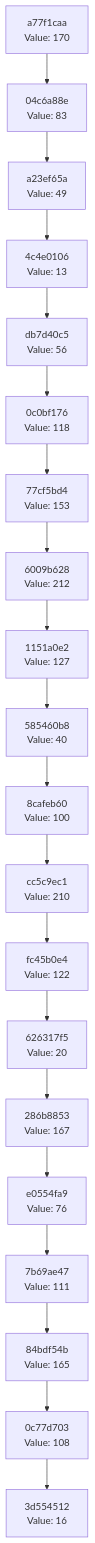
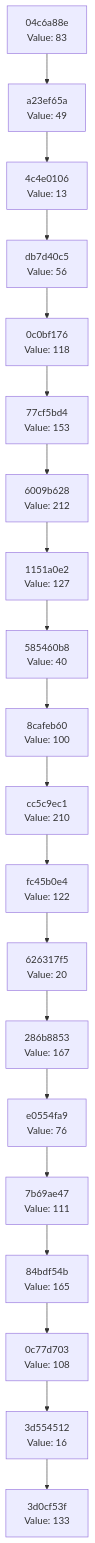
Before and after one commit to Abhisheksinha1506/hash-chain-evolver: the diagram in docs/CHAIN_VISUALIZATION.md, drawn with Mermaid. The commit also changed 3 other files, not shown here.

````diff
--- a/docs/CHAIN_VISUALIZATION.md
+++ b/docs/CHAIN_VISUALIZATION.md
@@ -3,42 +3,42 @@
 ```mermaid
 graph TD
-    C0["3d554512<br/>Value: 16"]
-    C1["0c77d703<br/>Value: 108"]
+    C0["3d0cf53f<br/>Value: 133"]
+    C1["3d554512<br/>Value: 16"]
     C1 --> C0
-    C2["84bdf54b<br/>Value: 165"]
+    C2["0c77d703<br/>Value: 108"]
     C2 --> C1
-    C3["7b69ae47<br/>Value: 111"]
+    C3["84bdf54b<br/>Value: 165"]
     C3 --> C2
-    C4["e0554fa9<br/>Value: 76"]
+    C4["7b69ae47<br/>Value: 111"]
     C4 --> C3
-    C5["286b8853<br/>Value: 167"]
+    C5["e0554fa9<br/>Value: 76"]
     C5 --> C4
-    C6["626317f5<br/>Value: 20"]
+    C6["286b8853<br/>Value: 167"]
     C6 --> C5
-    C7["fc45b0e4<br/>Value: 122"]
+    C7["626317f5<br/>Value: 20"]
     C7 --> C6
-    C8["cc5c9ec1<br/>Value: 210"]
+    C8["fc45b0e4<br/>Value: 122"]
     C8 --> C7
-    C9["8cafeb60<br/>Value: 100"]
+    C9["cc5c9ec1<br/>Value: 210"]
     C9 --> C8
-    C10["585460b8<br/>Value: 40"]
+    C10["8cafeb60<br/>Value: 100"]
     C10 --> C9
-    C11["1151a0e2<br/>Value: 127"]
+    C11["585460b8<br/>Value: 40"]
     C11 --> C10
-    C12["6009b628<br/>Value: 212"]
+    C12["1151a0e2<br/>Value: 127"]
     C12 --> C11
-    C13["77cf5bd4<br/>Value: 153"]
+    C13["6009b628<br/>Value: 212"]
     C13 --> C12
-    C14["0c0bf176<br/>Value: 118"]
+    C14["77cf5bd4<br/>Value: 153"]
     C14 --> C13
-    C15["db7d40c5<br/>Value: 56"]
+    C15["0c0bf176<br/>Value: 118"]
     C15 --> C14
-    C16["4c4e0106<br/>Value: 13"]
+    C16["db7d40c5<br/>Value: 56"]
     C16 --> C15
-    C17["a23ef65a<br/>Value: 49"]
+    C17["4c4e0106<br/>Value: 13"]
     C17 --> C16
-    C18["04c6a88e<br/>Value: 83"]
+    C18["a23ef65a<br/>Value: 49"]
     C18 --> C17
-    C19["a77f1caa<br/>Value: 170"]
+    C19["04c6a88e<br/>Value: 83"]
     C19 --> C18
 ```
````
